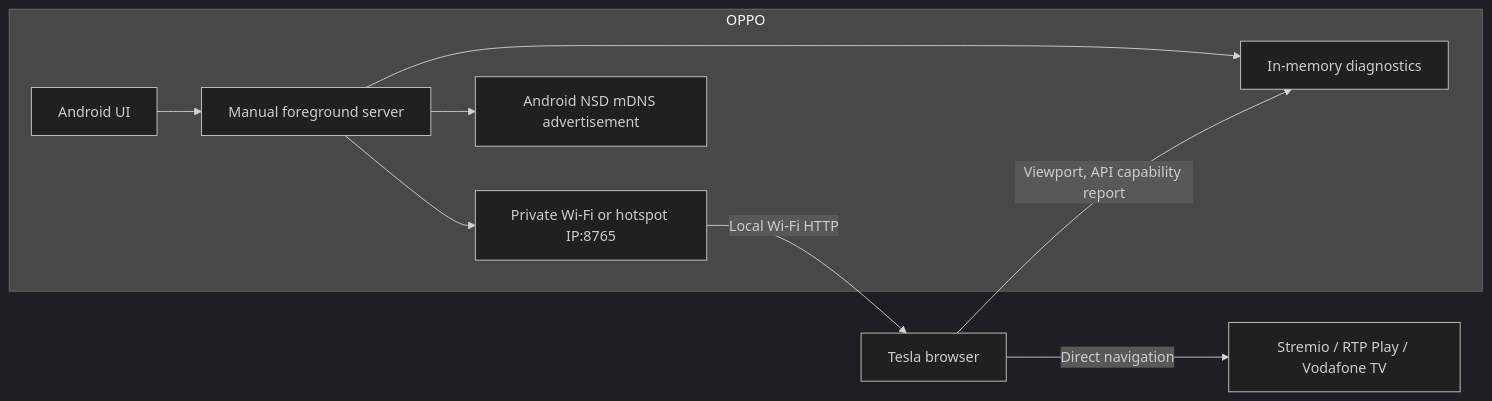
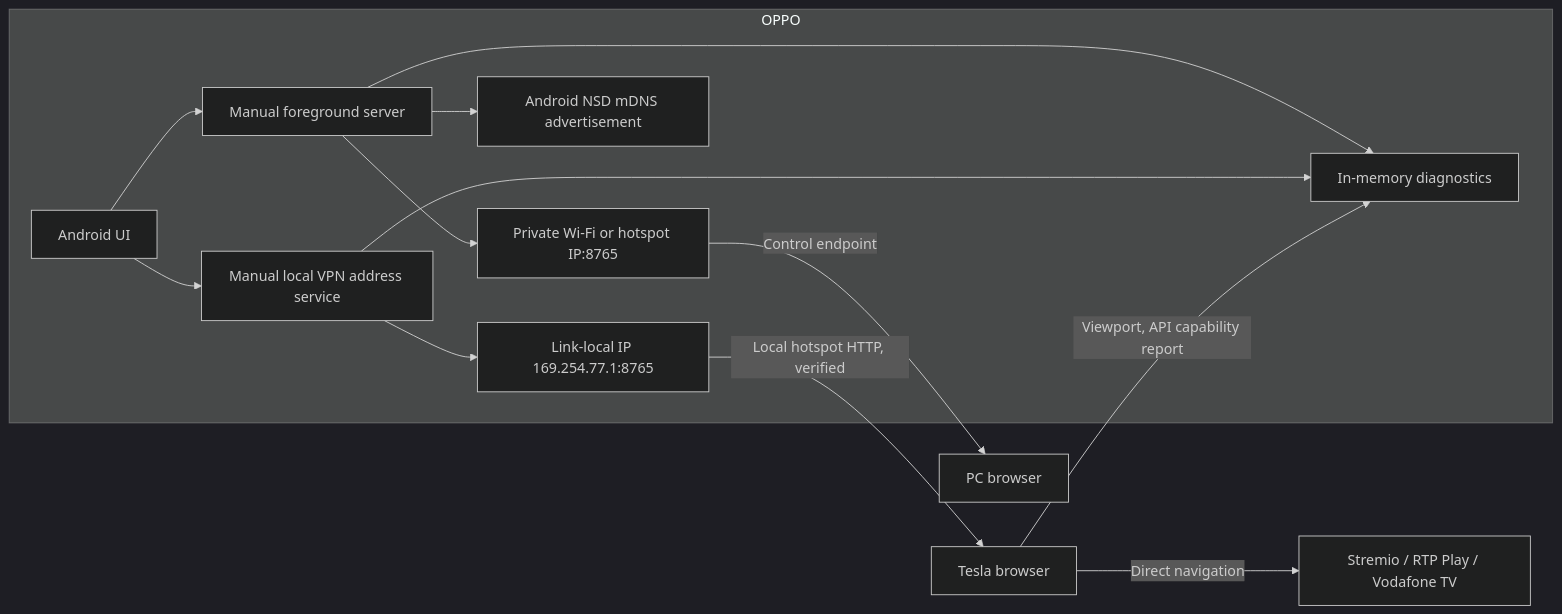
Before and after one commit to pedro26santos/TeslaApp: the diagram in ARCHITECTURE.md, drawn with Mermaid (dark theme). The commit also changed other lines of this file and 17 other files, not shown here.

Commit message:
fix: enable verified local Tesla launcher connection

````diff
--- a/ARCHITECTURE.md
+++ b/ARCHITECTURE.md
@@ -5,12 +5,16 @@
 ```mermaid
 flowchart LR
     subgraph OPPO
       A[Android UI] --> S[Manual foreground server]
       S --> N[Private Wi-Fi or hotspot IP:8765]
       S --> D[In-memory diagnostics]
       S --> M[Android NSD mDNS advertisement]
+      A --> R[Manual local VPN address service]
+      R --> V[Link-local IP 169.254.77.1:8765]
+      R --> D
     end
-    N -->|Local Wi-Fi HTTP| B[Tesla browser]
+    N -->|Control endpoint| C[PC browser]
+    V -->|Local hotspot HTTP, verified| B[Tesla browser]
     B -->|Viewport, API capability report| D
     B -->|Direct navigation| P[Stremio / RTP Play / Vodafone TV]
 ```
````
